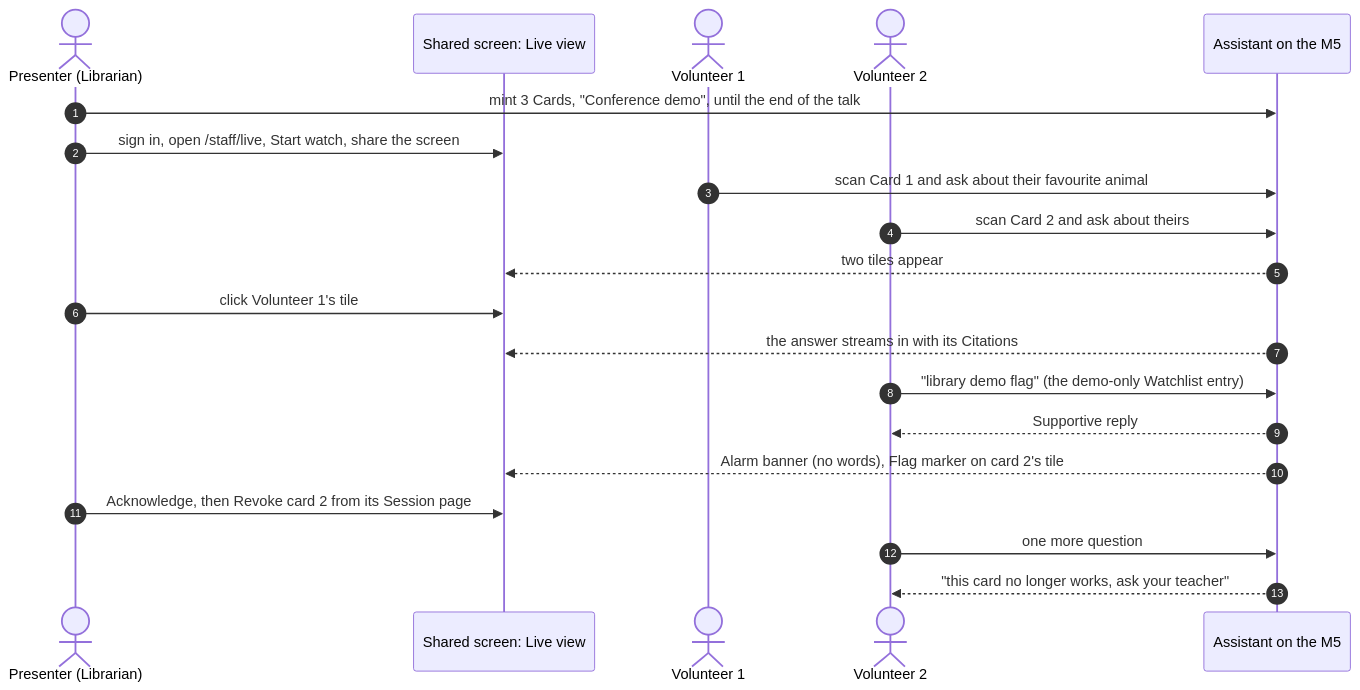
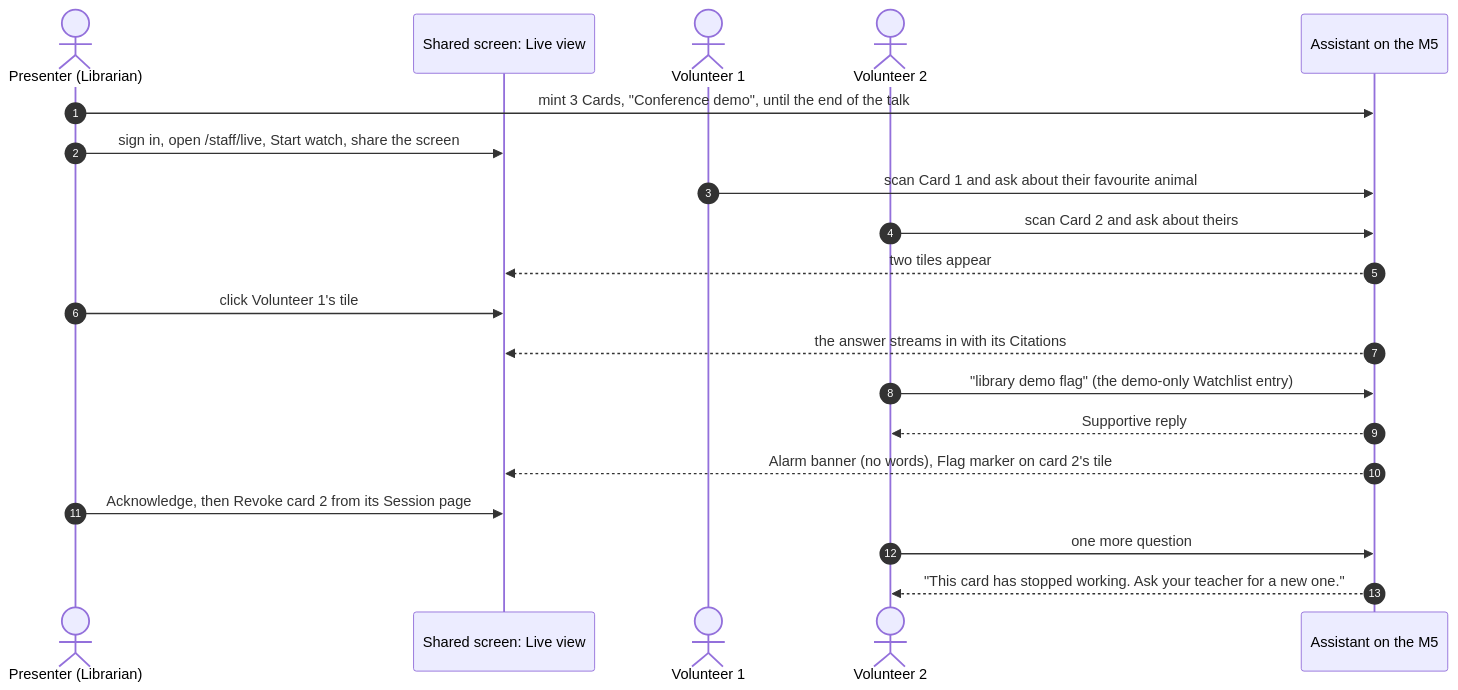
One commit to imkarrer/library-ai-lab changed the third of 3 diagrams in docs/design/live-view.md. Above: the diagram before and after it, drawn with Mermaid. The commit also changed 7 other files, not shown here.

````diff
--- a/docs/design/live-view.md
+++ b/docs/design/live-view.md
@@ -79,23 +79,23 @@
 ```mermaid
 sequenceDiagram
     autonumber
     actor P as Presenter (Librarian)
     participant Scr as Shared screen: Live view
     actor V1 as Volunteer 1
     actor V2 as Volunteer 2
     participant A as Assistant on the M5
 
     P->>A: mint 3 Cards, "Conference demo", until the end of the talk
     P->>Scr: sign in, open /staff/live, Start watch, share the screen
     V1->>A: scan Card 1 and ask about their favourite animal
     V2->>A: scan Card 2 and ask about theirs
     A-->>Scr: two tiles appear
     P->>Scr: click Volunteer 1's tile
     A-->>Scr: the answer streams in with its Citations
     V2->>A: "library demo flag" (the demo-only Watchlist entry)
     A-->>V2: Supportive reply
     A-->>Scr: Alarm banner (no words), Flag marker on card 2's tile
     P->>Scr: Acknowledge, then Revoke card 2 from its Session page
     V2->>A: one more question
-    A-->>V2: "this card no longer works, ask your teacher"
+    A-->>V2: "This card has stopped working. Ask your teacher for a new one."
 ```
````
